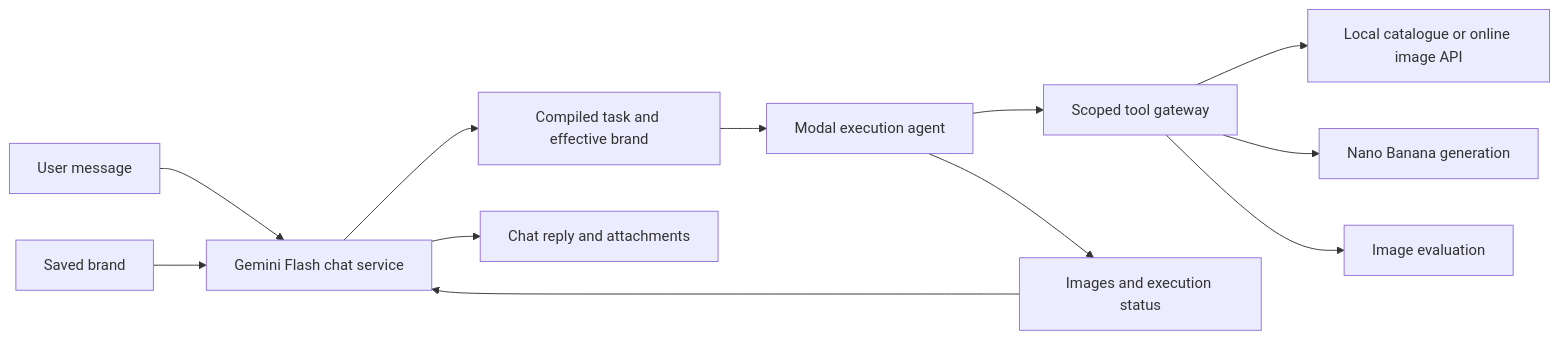
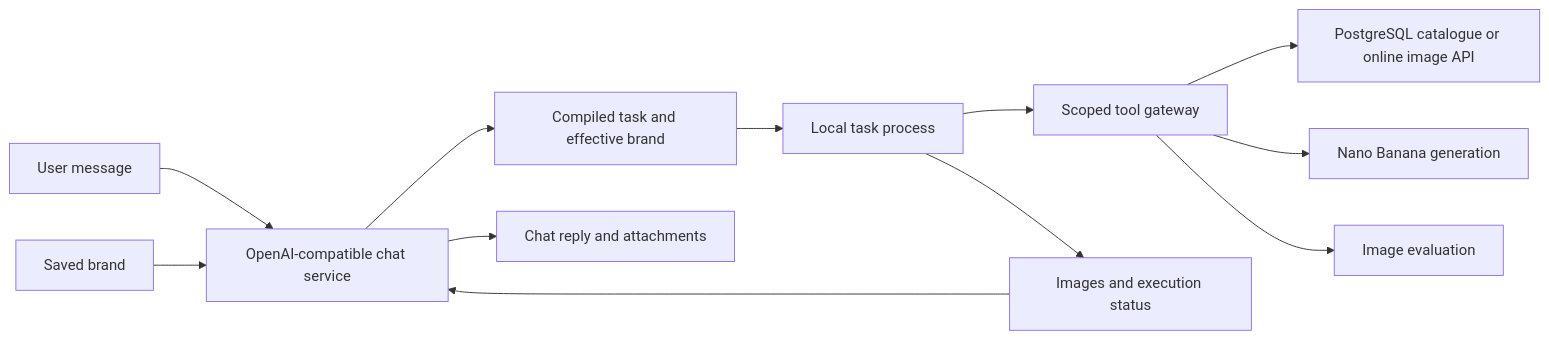
One commit to CoralLeiCN/multimodal changed the diagram in docs/chat_agent_backend.md. Above: the diagram before and after it, drawn with Mermaid. The commit also changed other lines of this file and 136 other files, not shown here.

````diff
--- a/docs/chat_agent_backend.md
+++ b/docs/chat_agent_backend.md
@@ -17,14 +23,14 @@
 ```mermaid
 flowchart LR
-    User[User message] --> Chat[Gemini Flash chat service]
+    User[User message] --> Chat[OpenAI-compatible chat service]
     Brand[Saved brand] --> Chat
     Chat --> Task[Compiled task and effective brand]
-    Task --> Sandbox[Modal execution agent]
-    Sandbox --> Tools[Scoped tool gateway]
-    Tools --> Images[Local catalogue or online image API]
+    Task --> Executor[Local task process]
+    Executor --> Tools[Scoped tool gateway]
+    Tools --> Images[PostgreSQL catalogue or online image API]
     Tools --> Nano[Nano Banana generation]
     Tools --> Check[Image evaluation]
-    Sandbox --> Result[Images and execution status]
+    Executor --> Result[Images and execution status]
     Result --> Chat
     Chat --> Reply[Chat reply and attachments]
 ```
````
